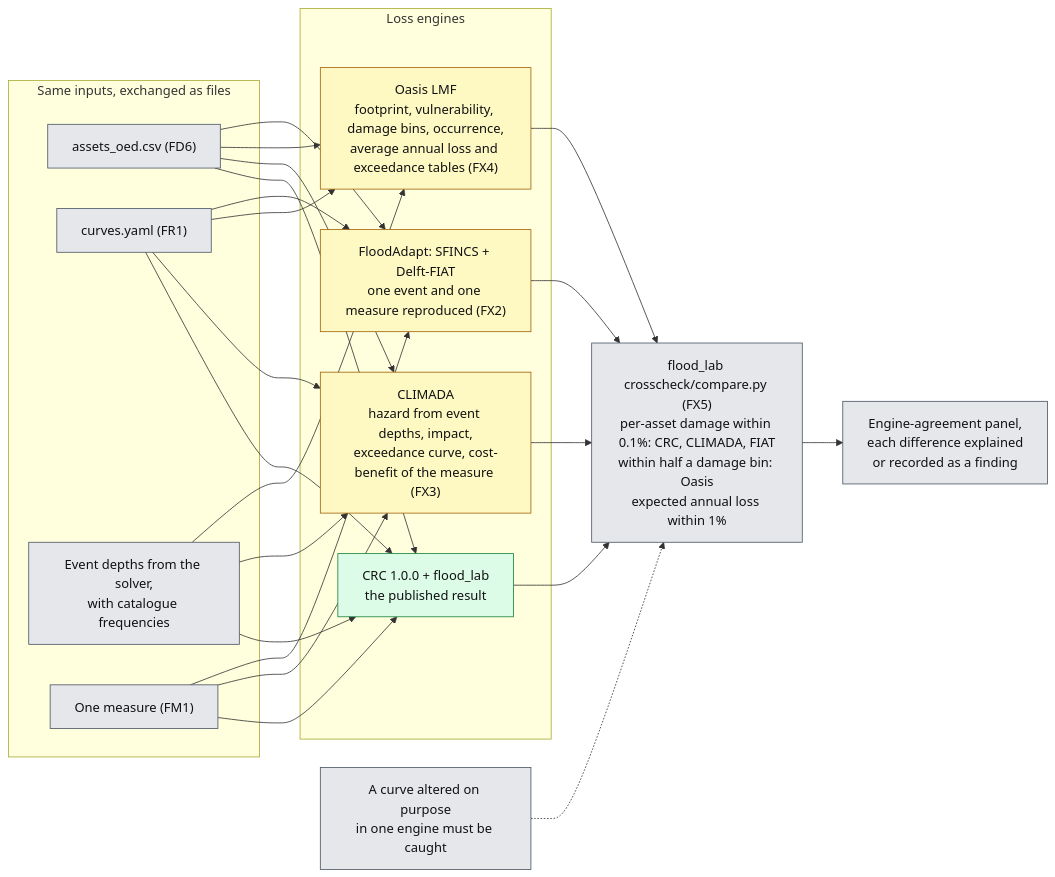
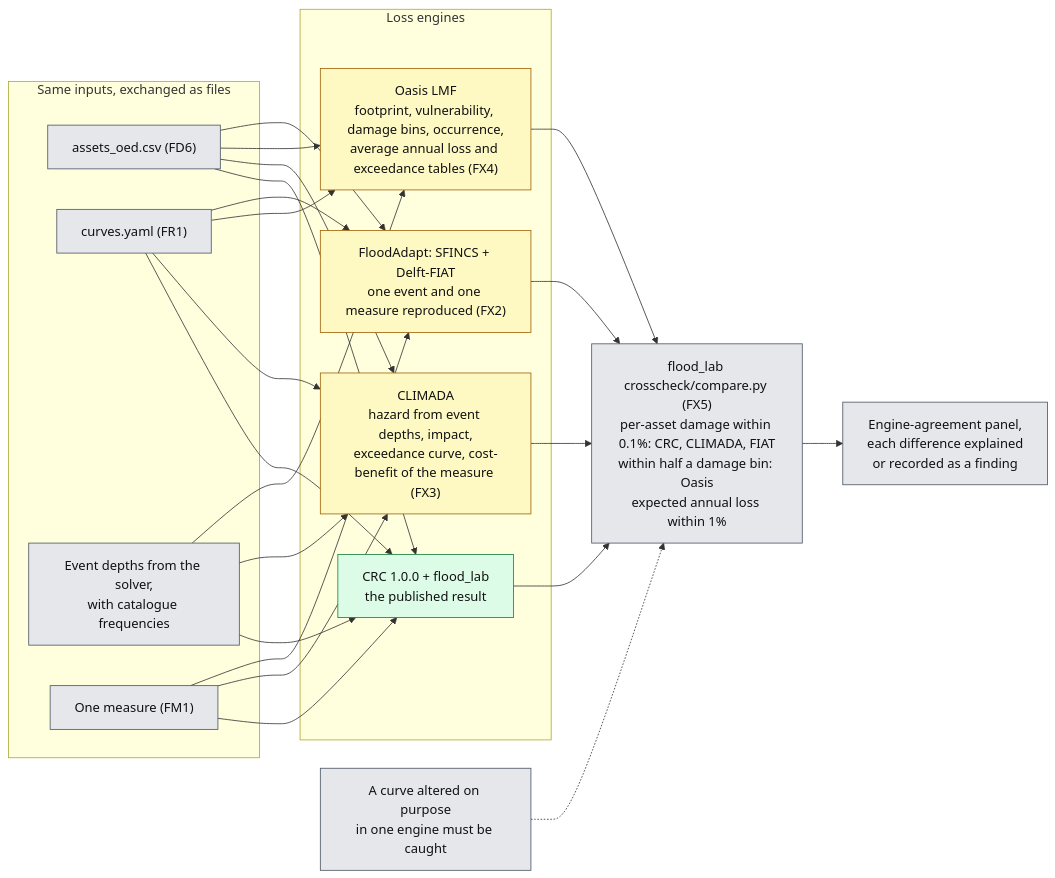
One commit to shlyakh/crc-lab changed the second of 2 diagrams in docs/flood/requirements.md. Above: the diagram before and after it, drawn with Mermaid. The commit also changed other lines of this file and 1 other file, not shown here.

Commit message:
Flood docs: Mermaid flowcharts draw labels as SVG text (htmlLabels false), so VS Code's preview shows them

````diff
--- a/docs/flood/requirements.md
+++ b/docs/flood/requirements.md
@@ -189,48 +190,49 @@
 ```mermaid
+%%{init: {"flowchart": {"htmlLabels": false}}}%%
 flowchart LR
   subgraph IN["Same inputs, exchanged as files"]
     I1["assets_oed.csv (FD6)"]
     I2["curves.yaml (FR1)"]
     I3["Event depths from the solver,<br/>with catalogue frequencies"]
     I4["One measure (FM1)"]
   end
 
   subgraph ENG["Loss engines"]
     E0["CRC 1.0.0 + flood_lab<br/>the published result"]
     E1["CLIMADA<br/>hazard from event depths, impact,<br/>exceedance curve, cost-benefit of the measure (FX3)"]
     E2["Oasis LMF<br/>footprint, vulnerability, damage bins, occurrence,<br/>average annual loss and exceedance tables (FX4)"]
     E3["FloodAdapt: SFINCS + Delft-FIAT<br/>one event and one measure reproduced (FX2)"]
   end
 
   CMP["flood_lab crosscheck/compare.py (FX5)<br/>per-asset damage within 0.1%: CRC, CLIMADA, FIAT<br/>within half a damage bin: Oasis<br/>expected annual loss within 1%"]
   RES["Engine-agreement panel,<br/>each difference explained<br/>or recorded as a finding"]
   FLT["A curve altered on purpose<br/>in one engine must be caught"]
 
   I1 --> E0
   I2 --> E0
   I3 --> E0
   I4 --> E0
   I1 --> E1
   I2 --> E1
   I3 --> E1
   I4 --> E1
   I1 --> E2
   I2 --> E2
   I3 --> E2
   I1 --> E3
   I2 --> E3
   I4 --> E3
   E0 --> CMP
   E1 --> CMP
   E2 --> CMP
   E3 --> CMP
   FLT -.-> CMP
   CMP --> RES
 
   classDef own fill:#e5e7eb,stroke:#4b5563,color:#111
   classDef crc fill:#dcfce7,stroke:#15803d,color:#111
   classDef other fill:#fef9c3,stroke:#a16207,color:#111
   class I1,I2,I3,I4,CMP,RES,FLT own
   class E0 crc
   class E1,E2,E3 other
 ```
````
